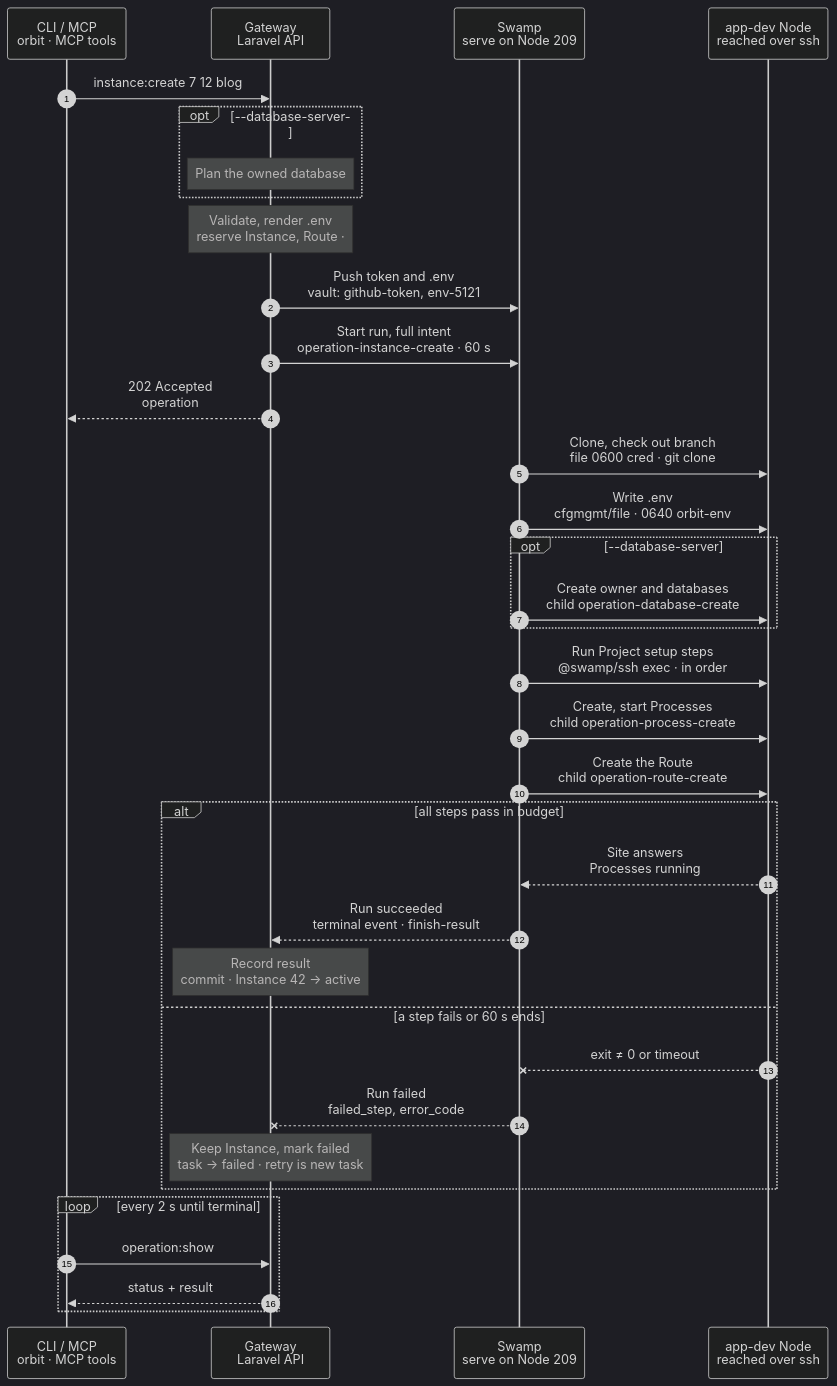
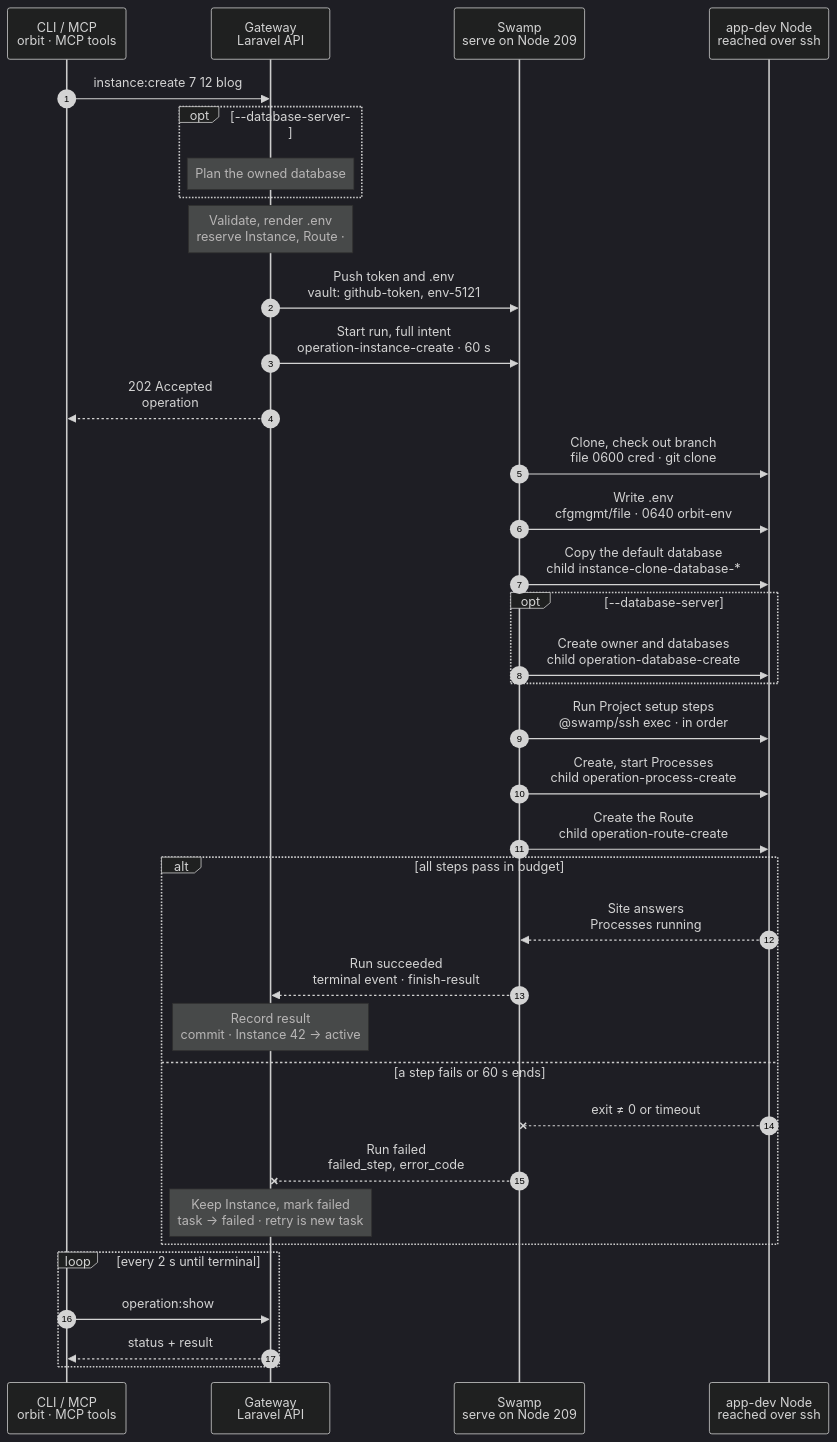
One commit to hardimpactdev/orbit changed the diagram in docs/cli/instance/create.mmd. Above: the diagram before and after it, drawn with Mermaid (dark theme). The commit also changed 21 other files, not shown here.

First line of the commit message:
feat(instance): create copies the default SQLite database and answers an active Instance as a no-op

```diff
--- a/docs/cli/instance/create.mmd
+++ b/docs/cli/instance/create.mmd
@@ -1,60 +1,63 @@
 sequenceDiagram
   %% Target design: ADR 0244 task + full intent as inputs, single Swamp Node, DECISIONS 1 (token minted at admission, vault.get), Gateway renders .env from the Project env template (orbit-gateway-renders-create-env; Nick 2026-11-01), budget rule swamp-operation-time-budgets (<10 s, 60 s).
   %% Tightened: flow-tighten 2026-11-02, rules 1-22 (rule 22: cfgmgmt file/systemd, 0600 credential file for the private fetch); 2026-11-03, rule 25 (minimal chart).
   %% Decided: Nick 2026-11-02, .env.testing only for an owned MySQL/PostgreSQL database, rendered by the Gateway and written by the same file step.
   %% Decided: Nick 2026-11-03, a web-serving Project gets its derived Route on the main path (requiresRoute); --domain overrides the domain; the Route reuses the route:create child.
   %% status: draft
   %% command: instance:create
   %% kind: instance.create
   autonumber
   %% lane CLI icon=terminal pill=caller tone=gray
   %% lane GW icon=gateway pill=intent tone=blue
   %% lane SW icon=workflow pill=executes tone=green
   %% lane N icon=server pill=target tone=amber
   participant CLI as CLI / MCP<br/>orbit · MCP tools
   participant GW as Gateway<br/>Laravel API
   participant SW as Swamp<br/>serve on Node 209
   participant N as app-dev Node<br/>reached over ssh
   CLI->>GW: instance:create 7 12 blog
   opt --database-server
     Note over GW: Plan the owned database
   end
   Note over GW: Validate, render .env<br/>reserve Instance, Route · #5121
   %%> Why the Route first:
   %%> - the Route changes the Process units, so the Gateway reserves it before it captures the Processes
   GW->>SW: Push token and .env<br/>vault: github-token, env-5121
   %%> Why:
   %%> - secrets reach the run only through the vault; no step calls the Gateway back (decision 1)
   GW->>SW: Start run, full intent<br/>operation-instance-create · 60 s
   GW-->>CLI: 202 Accepted<br/>operation #5121
   SW->>N: Clone, check out branch<br/>file 0600 cred · git clone
   %%> Why the file:
   %%> - git reads the token from it, so the token never enters argv
   SW->>N: Write .env<br/>cfgmgmt/file · 0640 orbit-env
+  SW->>N: Copy the default database<br/>child instance-clone-database-*
+  %%> When:
+  %%> - only when the default Instance has a SQLite database under DB; the copy lands before setup migrates it
   opt --database-server
     SW->>N: Create owner and databases<br/>child operation-database-create
   end
   SW->>N: Run Project setup steps<br/>@swamp/ssh exec · in order
   SW->>N: Create, start Processes<br/>child operation-process-create
   %%> Why after setup:
   %%> - Processes need the installed dependencies
   SW->>N: Create the Route<br/>child operation-route-create
   %%> When:
   %%> - only for a web-serving Project
   %%> Why it marks the Instance awake:
   %%> - so the first request reaches the app, not the wake page; only when this run starts every Process
   alt all steps pass in budget
     N-->>SW: Site answers<br/>Processes running
     SW-->>GW: Run succeeded<br/>terminal event · finish-result
     Note over GW: Record result<br/>commit · Instance 42 → active
   else a step fails or 60 s ends
     N--xSW: exit ≠ 0 or timeout
     SW--xGW: Run failed<br/>failed_step, error_code
     Note over GW: Keep Instance, mark failed<br/>task → failed · retry is new task
     %%> On failure:
     %%> - the Instance stays so you can see what happened; the Gateway never re-runs work by itself
   end
   loop every 2 s until terminal
     CLI->>GW: operation:show #5121
     GW-->>CLI: status + result
   end
```
